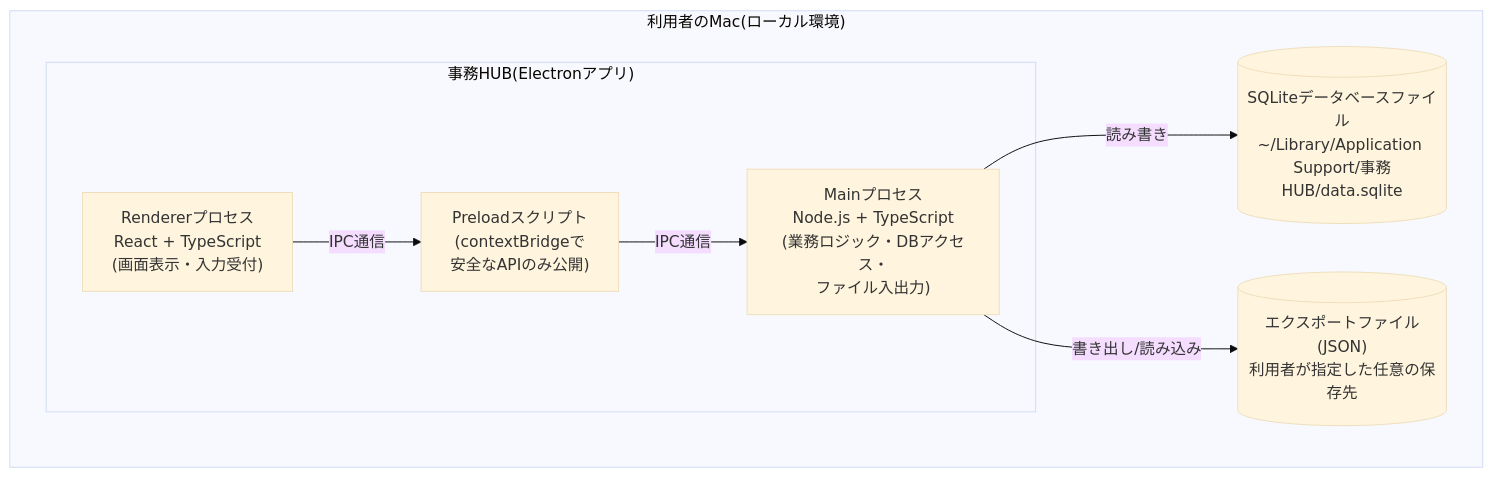
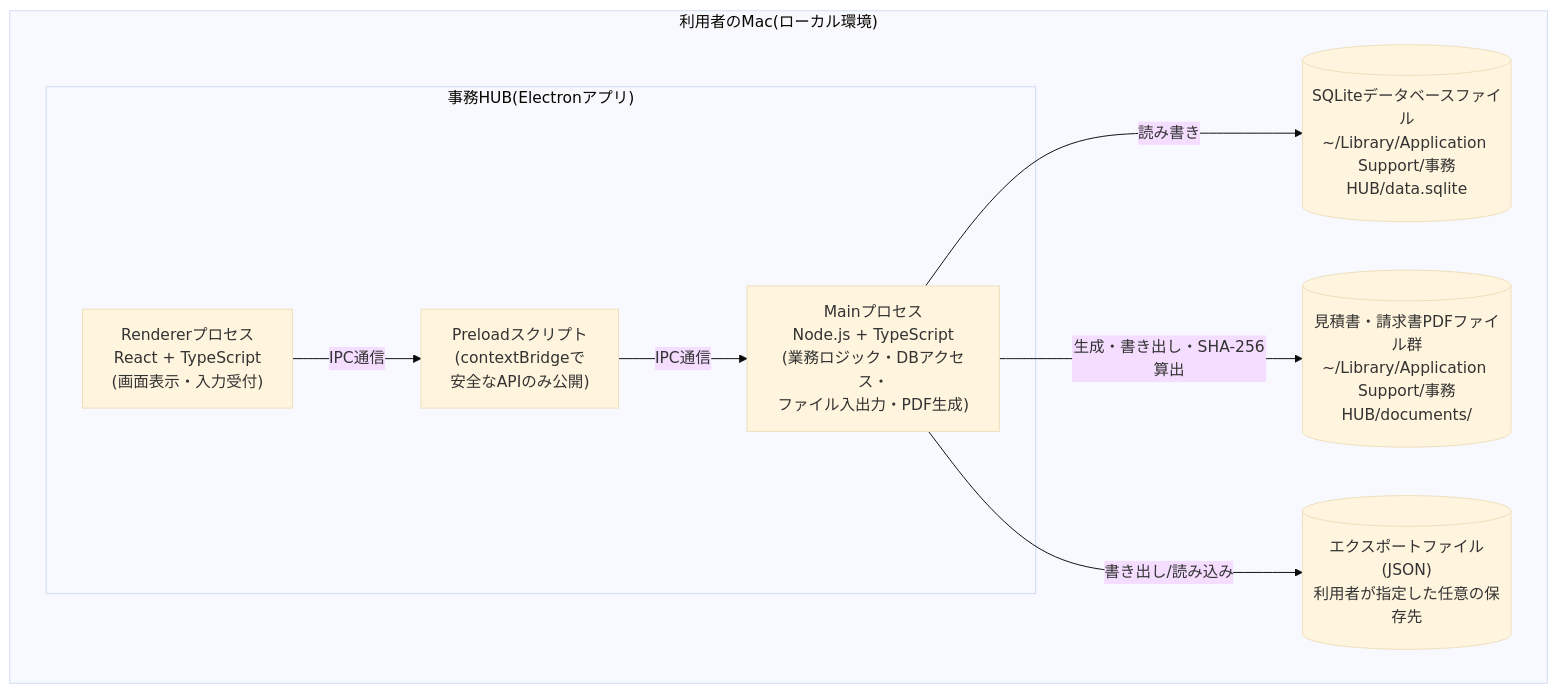
The first of 3 diagrams in docs/03_architect/基本設計書.md (eiai00000001-cell/jimu-hub), drawn with Mermaid (base theme) before and after one commit. The commit also changed other lines of this file and 1 other file, not shown here.

````diff
--- a/docs/03_architect/基本設計書.md
+++ b/docs/03_architect/基本設計書.md
@@ -32,16 +48,18 @@
 ```mermaid
 graph TB
   subgraph Mac["利用者のMac(ローカル環境)"]
     subgraph App["事務HUB(Electronアプリ)"]
       Renderer["Rendererプロセス<br/>React + TypeScript<br/>(画面表示・入力受付)"]
       Preload["Preloadスクリプト<br/>(contextBridgeで<br/>安全なAPIのみ公開)"]
-      Main["Mainプロセス<br/>Node.js + TypeScript<br/>(業務ロジック・DBアクセス・<br/>ファイル入出力)"]
+      Main["Mainプロセス<br/>Node.js + TypeScript<br/>(業務ロジック・DBアクセス・<br/>ファイル入出力・PDF生成)"]
       Renderer -- "IPC通信" --> Preload
       Preload -- "IPC通信" --> Main
     end
     DB[("SQLiteデータベースファイル<br/>~/Library/Application Support/事務HUB/data.sqlite")]
+    PdfFiles[("見積書・請求書PDFファイル群<br/>~/Library/Application Support/事務HUB/documents/")]
     ExportFile[("エクスポートファイル(JSON)<br/>利用者が指定した任意の保存先")]
     Main -- "読み書き" --> DB
+    Main -- "生成・書き出し・SHA-256算出" --> PdfFiles
     Main -- "書き出し/読み込み" --> ExportFile
   end
 ```
````
